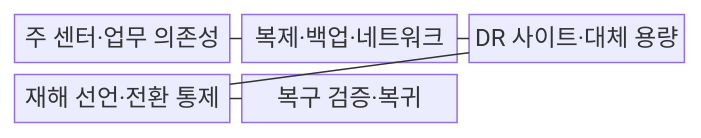
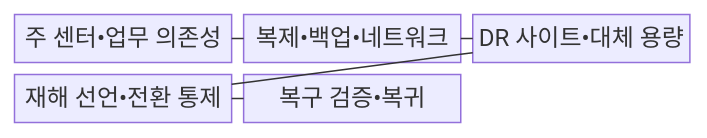
Before and after one commit to agnusdei1207/knowledge-base: the first of 2 diagrams in src/content/docs/notes/06-evaluation/019_disaster_recovery_site.md, drawn with Mermaid. The commit also changed other lines of this file and 953 other files, not shown here.

````diff
--- a/src/content/docs/notes/06-evaluation/019_disaster_recovery_site.md
+++ b/src/content/docs/notes/06-evaluation/019_disaster_recovery_site.md
@@ -67,13 +67,13 @@
 ```mermaid
 block-beta
   columns 3
-  P["주 센터·업무 의존성"]
-  R["복제·백업·네트워크"]
-  D["DR 사이트·대체 용량"]
-  C["재해 선언·전환 통제"]
-  V["복구 검증·복귀"]
+  P["주 센터•업무 의존성"]
+  R["복제•백업•네트워크"]
+  D["DR 사이트•대체 용량"]
+  C["재해 선언•전환 통제"]
+  V["복구 검증•복귀"]
   P --- R
   R --- D
   D --- C
   C --- V
 ```
````
